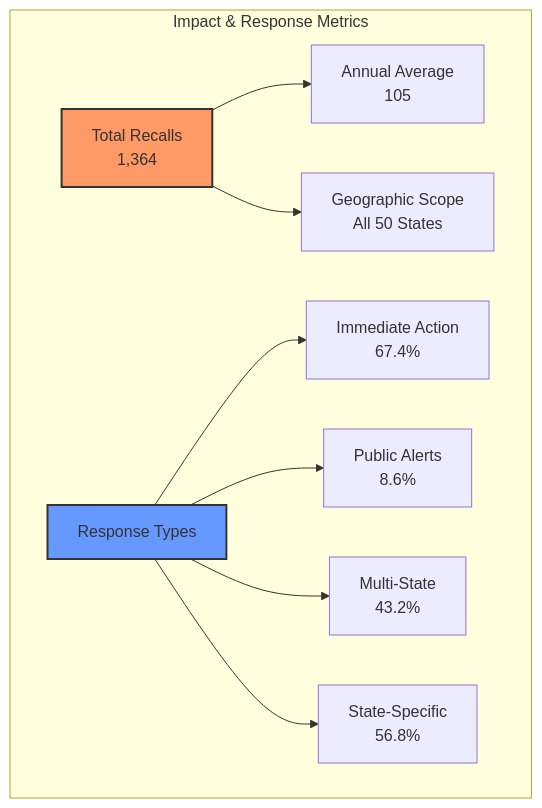
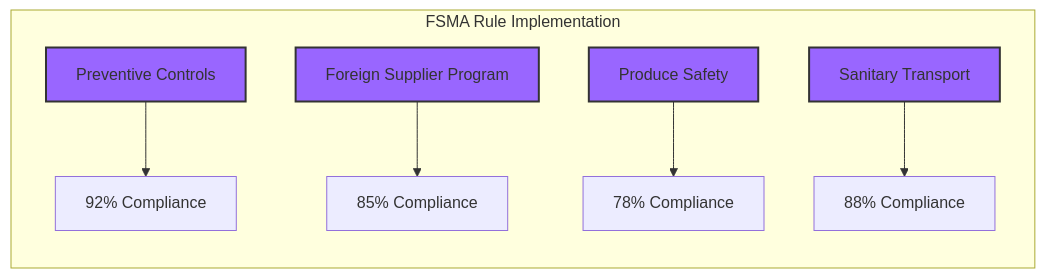
Diagram 11 of 22 in README.md (gsinghjay/data-dashboard), drawn with Mermaid before and after one commit. The commit also changed other lines of this file, not shown here.

````diff
--- a/README.md
+++ b/README.md
@@ -214,15 +198,14 @@
 ```mermaid
-graph TB
-    subgraph "Impact & Response Metrics"
-        A[Total Recalls<br/>1,364] --> B[Annual Average<br/>105]
-        A --> C[Geographic Scope<br/>All 50 States]
-        
-        D[Response Types] --> E[Immediate Action<br/>67.4%]
-        D --> F[Public Alerts<br/>8.6%]
-        D --> G[Multi-State<br/>43.2%]
-        D --> H[State-Specific<br/>56.8%]
+graph LR
+    subgraph "FSMA Rule Implementation"
+        A[Preventive Controls] --> B[92% Compliance]
+        C[Foreign Supplier Program] --> D[85% Compliance]
+        E[Produce Safety] --> F[78% Compliance]
+        G[Sanitary Transport] --> H[88% Compliance]
     end
     
-    style A fill:#f96,stroke:#333,stroke-width:2px
-    style D fill:#69f,stroke:#333,stroke-width:2px
+    style A fill:#96f,stroke:#333,stroke-width:2px
+    style C fill:#96f,stroke:#333,stroke-width:2px
+    style E fill:#96f,stroke:#333,stroke-width:2px
+    style G fill:#96f,stroke:#333,stroke-width:2px
 ```
````
